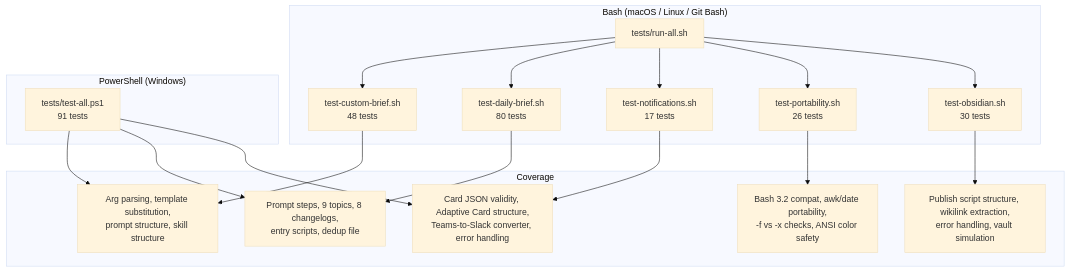
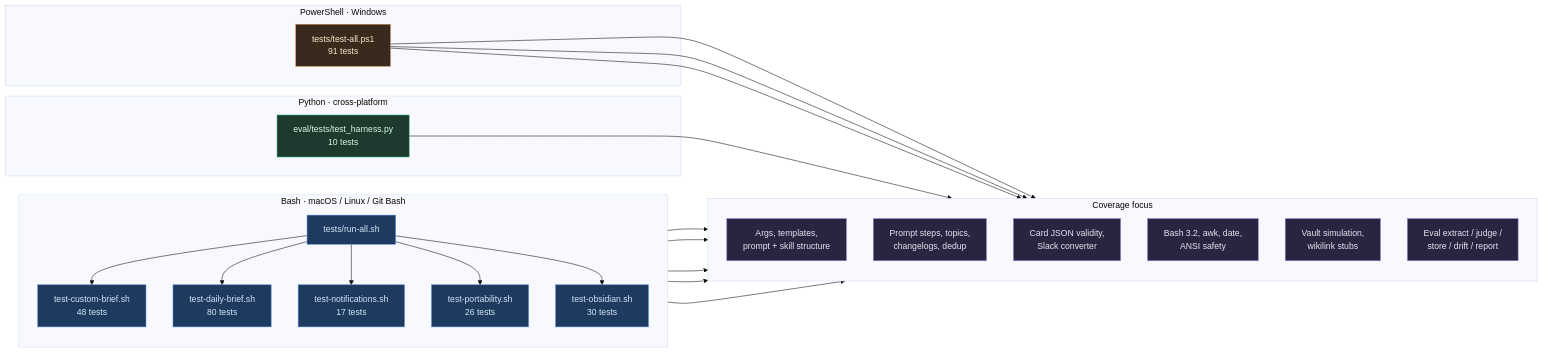
One commit to apelleg/freight-intel-brief changed diagram 15 of 25 in ARCHITECTURE.md. Above: the diagram before and after it, drawn with Mermaid (base theme). The commit also changed other lines of this file and 44 other files, not shown here.

````diff
--- a/ARCHITECTURE.md
+++ b/ARCHITECTURE.md
@@ -769,26 +907,45 @@
 ```mermaid
-flowchart TD
-    subgraph "Bash (macOS / Linux / Git Bash)"
-        R["tests/run-all.sh"] --> T1["test-custom-brief.sh<br/>48 tests"]
-        R --> T2["test-daily-brief.sh<br/>80 tests"]
-        R --> T3["test-notifications.sh<br/>17 tests"]
-        R --> T4["test-portability.sh<br/>26 tests"]
-        R --> T5["test-obsidian.sh<br/>30 tests"]
+flowchart LR
+    classDef sh fill:#1e3a5f,stroke:#5b8dd8,color:#d4e4f8
+    classDef ps fill:#3a2a1e,stroke:#d49b5b,color:#f5e6c8
+    classDef py fill:#1e3a2f,stroke:#5bd49b,color:#d4f8e2
+    classDef cov fill:#2a2440,stroke:#8b7ad4,color:#e4e4ef
+
+    subgraph BASH["Bash · macOS / Linux / Git Bash"]
+        direction TB
+        R["tests/run-all.sh"]:::sh
+        R --> T1["test-custom-brief.sh<br/>48 tests"]:::sh
+        R --> T2["test-daily-brief.sh<br/>80 tests"]:::sh
+        R --> T3["test-notifications.sh<br/>17 tests"]:::sh
+        R --> T4["test-portability.sh<br/>26 tests"]:::sh
+        R --> T5["test-obsidian.sh<br/>30 tests"]:::sh
     end
 
-    subgraph "PowerShell (Windows)"
-        PS["tests/test-all.ps1<br/>91 tests"]
+    subgraph PWSH["PowerShell · Windows"]
+        PS["tests/test-all.ps1<br/>91 tests"]:::ps
     end
 
-    subgraph "Coverage"
-        T1 --> X1["Arg parsing, template substitution,<br/>prompt structure, skill structure"]
-        T2 --> X2["Prompt steps, 9 topics, 8 changelogs,<br/>entry scripts, dedup file"]
-        T3 --> X3["Card JSON validity, Adaptive Card structure,<br/>Teams-to-Slack converter, error handling"]
-        T4 --> X4["Bash 3.2 compat, awk/date portability,<br/>-f vs -x checks, ANSI color safety"]
+    subgraph PYTEST["Python · cross-platform"]
+        PY["eval/tests/test_harness.py<br/>10 tests"]:::py
+    end
 
-        T5 --> X5["Publish script structure, wikilink extraction,<br/>error handling, vault simulation"]
-        PS --> X1
-        PS --> X2
-        PS --> X3
+    subgraph COV["Coverage focus"]
+        direction TB
+        X1["Args, templates,<br/>prompt + skill structure"]:::cov
+        X2["Prompt steps, topics,<br/>changelogs, dedup"]:::cov
+        X3["Card JSON validity,<br/>Slack converter"]:::cov
+        X4["Bash 3.2, awk, date,<br/>ANSI safety"]:::cov
+        X5["Vault simulation,<br/>wikilink stubs"]:::cov
+        X6["Eval extract / judge /<br/>store / drift / report"]:::cov
     end
+
+    T1 --> X1
+    T2 --> X2
+    T3 --> X3
+    T4 --> X4
+    T5 --> X5
+    PS --> X1
+    PS --> X2
+    PS --> X3
+    PY --> X6
 ```
````
